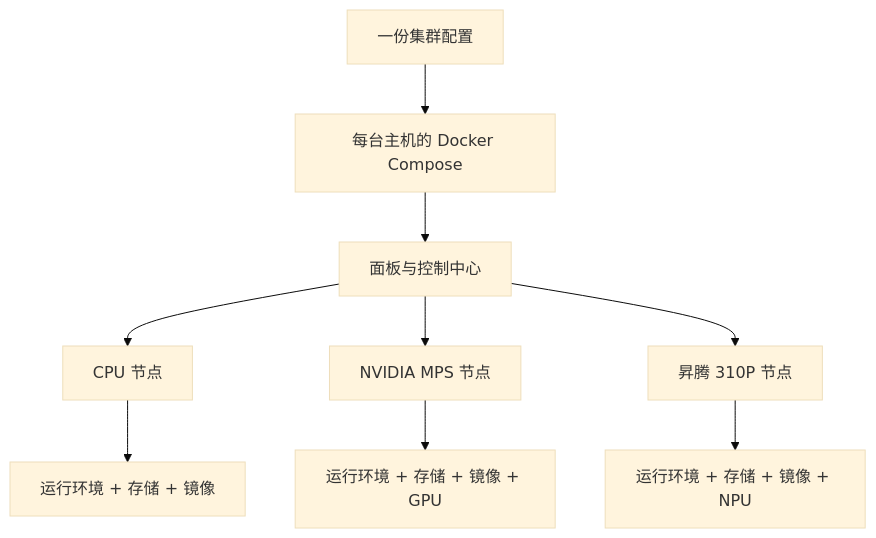
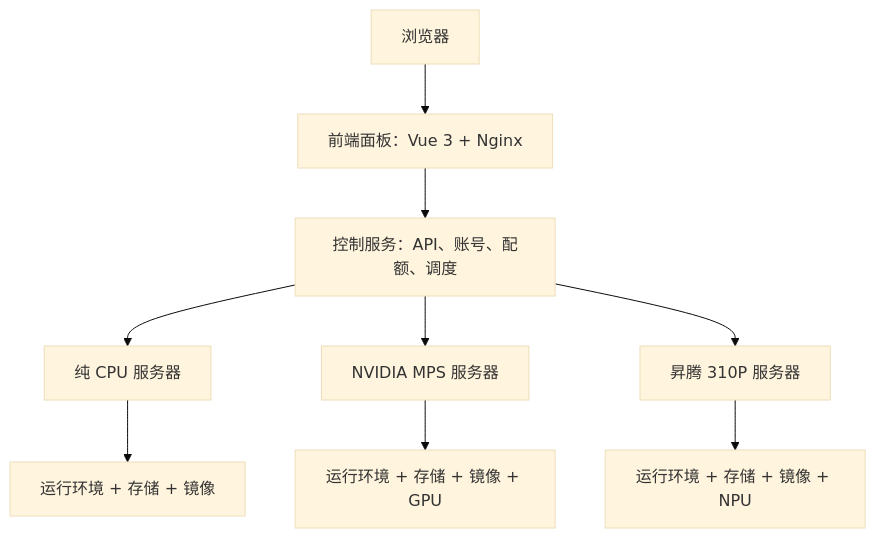
The diagram in README.zh-CN.md (Kndy666/gpu-platform), drawn with Mermaid (base theme) before and after one commit. The commit also changed other lines of this file and 244 other files, not shown here.

First line of the commit message:
Move the panel to a standalone Vue 3 SPA

````diff
--- a/README.zh-CN.md
+++ b/README.zh-CN.md
@@ -33,11 +33,11 @@
 ```mermaid
 flowchart TB
-    Config[一份集群配置] --> Compose[每台主机的 Docker Compose]
-    Compose --> Control[面板与控制中心]
-    Control --> CPU[CPU 节点]
-    Control --> NVIDIA[NVIDIA MPS 节点]
-    Control --> Ascend[昇腾 310P 节点]
+    Browser[浏览器] --> Panel[前端面板：Vue 3 + Nginx]
+    Panel --> Control[控制服务：API、账号、配额、调度]
+    Control --> CPU[纯 CPU 服务器]
+    Control --> NVIDIA[NVIDIA MPS 服务器]
+    Control --> Ascend[昇腾 310P 服务器]
     CPU --> A[运行环境 + 存储 + 镜像]
     NVIDIA --> B[运行环境 + 存储 + 镜像 + GPU]
     Ascend --> C[运行环境 + 存储 + 镜像 + NPU]
 ```
````
